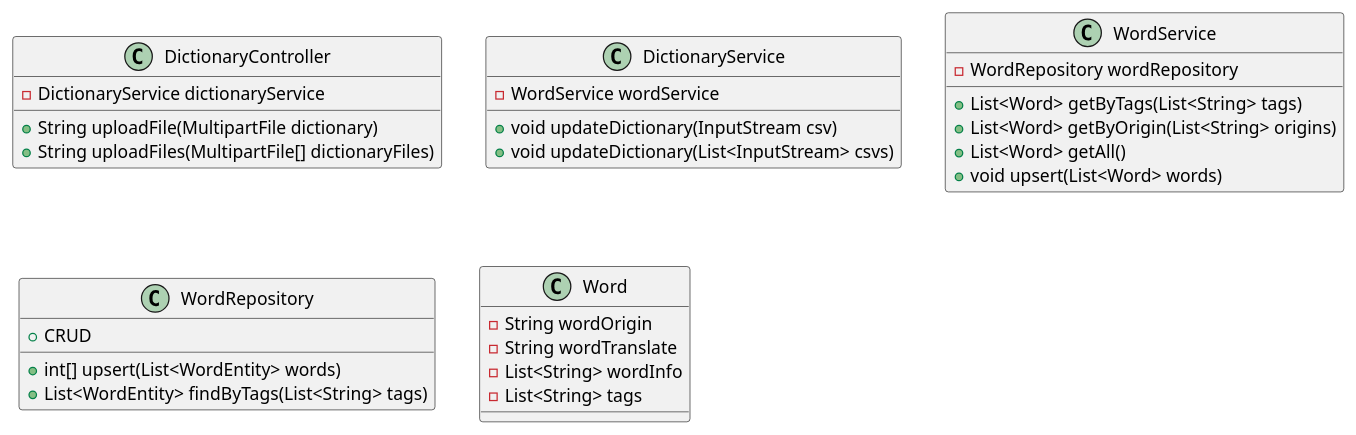
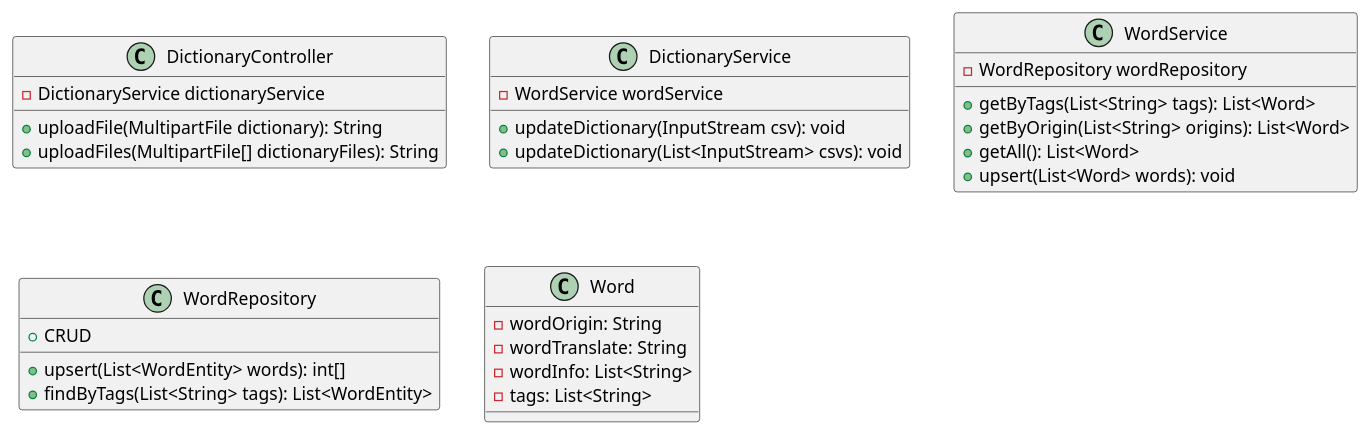
The diagram in src/main/resources/word_diagram.puml (DmitrySibert/language-app), drawn with PlantUML before and after one commit. The commit also changed 8 other files, not shown here.

Commit message:
FileTrainingProvider refactored to simple file builder. Updated diagrams.

```diff
--- a/src/main/resources/word_diagram.puml
+++ b/src/main/resources/word_diagram.puml
@@ -1,38 +1,38 @@
 @startuml
 class DictionaryController {
   - DictionaryService dictionaryService
 
-  + String uploadFile(MultipartFile dictionary)
-  + String uploadFiles(MultipartFile[] dictionaryFiles)
+  + uploadFile(MultipartFile dictionary): String
+  + uploadFiles(MultipartFile[] dictionaryFiles): String
 }
 
 class DictionaryService {
    - WordService wordService
 
-   + void updateDictionary(InputStream csv)
-   + void updateDictionary(List<InputStream> csvs)
+   + updateDictionary(InputStream csv): void
+   + updateDictionary(List<InputStream> csvs): void
 }
 
 class WordService {
    - WordRepository wordRepository
 
-   + List<Word> getByTags(List<String> tags)
-   + List<Word> getByOrigin(List<String> origins)
-   + List<Word> getAll()
-   + void upsert(List<Word> words)
+   + getByTags(List<String> tags): List<Word>
+   + getByOrigin(List<String> origins): List<Word>
+   + getAll(): List<Word>
+   + upsert(List<Word> words): void
 }
 
 class WordRepository {
    + CRUD
-   + int[] upsert(List<WordEntity> words)
-   + List<WordEntity> findByTags(List<String> tags)
+   + upsert(List<WordEntity> words): int[]
+   + findByTags(List<String> tags): List<WordEntity>
 }
 
 class Word {
-    - String wordOrigin
-    - String wordTranslate
-    - List<String> wordInfo
-    - List<String> tags
+    - wordOrigin: String
+    - wordTranslate: String
+    - wordInfo: List<String>
+    - tags: List<String>
 }
 
 @enduml
```
